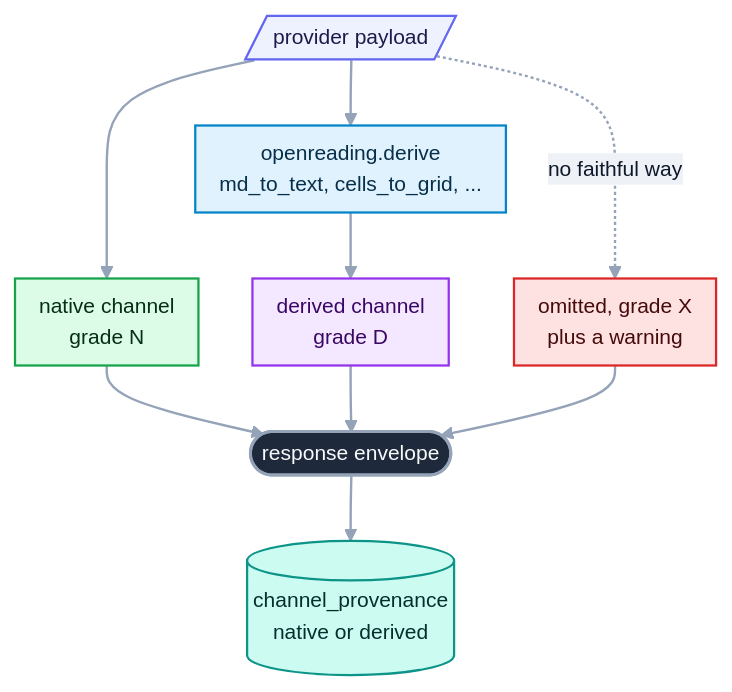
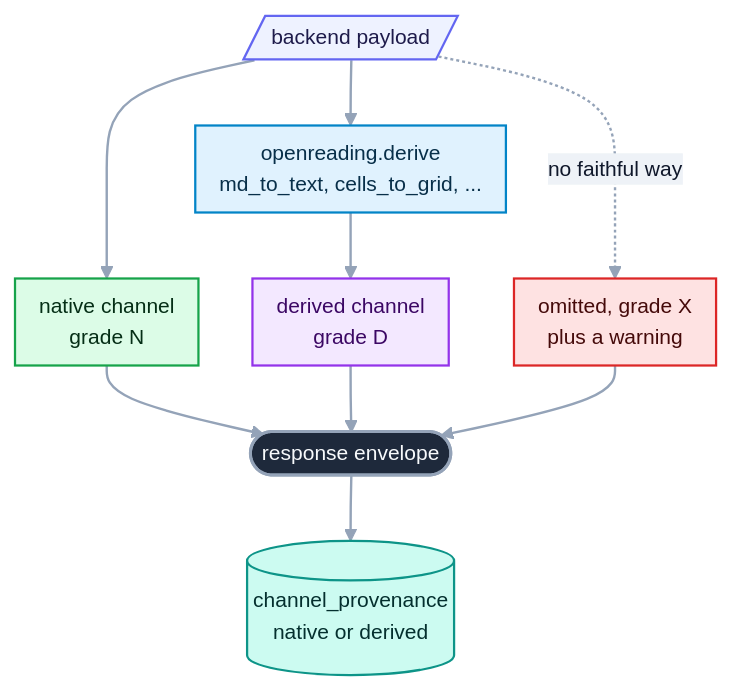
The diagram in src/openreading/derive/README.md (openreading-ai/openreading-core), drawn with Mermaid before and after one commit. The commit also changed other lines of this file and 142 other files, not shown here.

````diff
--- a/src/openreading/derive/README.md
+++ b/src/openreading/derive/README.md
@@ -29,21 +34,21 @@
 ```mermaid
 %%{init: {"theme":"base","themeVariables":{"fontFamily":"ui-sans-serif, system-ui, -apple-system, Segoe UI, Roboto, sans-serif","fontSize":"14px","lineColor":"#94a3b8","textColor":"#334155","primaryTextColor":"#0f172a","edgeLabelBackground":"#eef2f7","clusterBkg":"#f8fafc","clusterBorder":"#cbd5e1","titleColor":"#334155"},"flowchart":{"curve":"basis","nodeSpacing":36,"rankSpacing":44,"padding":8,"useMaxWidth":true}}}%%
 flowchart TD
-  P[/"provider payload"/]:::src --> N["native channel<br>grade N"]:::good
+  P[/"backend payload"/]:::src --> N["native channel<br>grade N"]:::good
   P --> D["openreading.derive<br>md_to_text, cells_to_grid, ..."]:::work
   D --> DC["derived channel<br>grade D"]:::out
   P -. "no faithful way" .-> X["omitted, grade X<br>plus a warning"]:::bad
   N --> E(["response envelope"]):::hero
   DC --> E
   X --> E
   E --> CP[("channel_provenance<br>native or derived")]:::store
   classDef src fill:#eef2ff,stroke:#6366f1,stroke-width:1.5px,color:#1e1b4b;
   classDef work fill:#e0f2fe,stroke:#0284c7,stroke-width:1.5px,color:#082f49;
   classDef gate fill:#fef3c7,stroke:#d97706,stroke-width:1.5px,color:#451a03;
   classDef good fill:#dcfce7,stroke:#16a34a,stroke-width:1.5px,color:#052e16;
   classDef bad fill:#fee2e2,stroke:#dc2626,stroke-width:1.5px,color:#450a0a;
   classDef store fill:#ccfbf1,stroke:#0d9488,stroke-width:1.5px,color:#042f2e;
   classDef out fill:#f3e8ff,stroke:#9333ea,stroke-width:1.5px,color:#3b0764;
   classDef hero fill:#1e293b,stroke:#94a3b8,stroke-width:2px,color:#f8fafc;
   linkStyle default stroke-width:1.6px;
 ```
````
